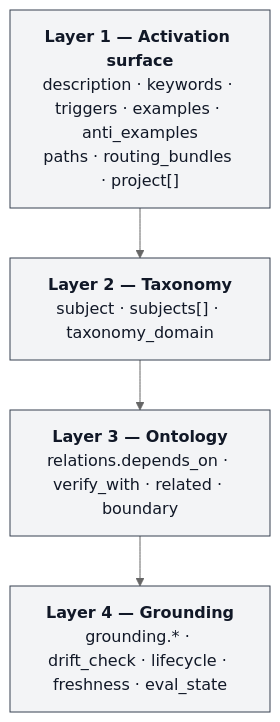
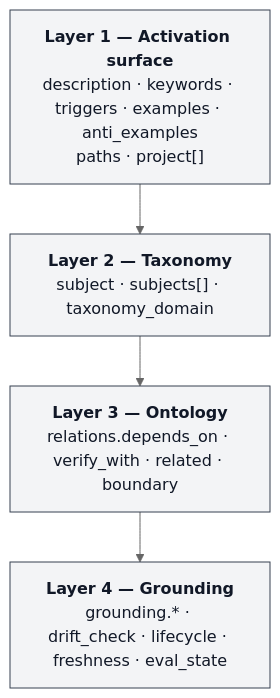
The diagram in skill-metadata-protocol/PRIMER.md (jacob-balslev/skill-graph), drawn with Mermaid (neutral theme) before and after one commit. The commit also changed other lines of this file and 2 other files, not shown here.

First line of the commit message:
docs(protocol): retire routing_bundles from authoring docs (SKI-238, SKI-302)

````diff
--- a/skill-metadata-protocol/PRIMER.md
+++ b/skill-metadata-protocol/PRIMER.md
@@ -110,12 +110,12 @@
 ```mermaid
 flowchart TB
-  L1["<b>Layer 1 — Activation surface</b><br/>description · keywords · triggers · examples · anti_examples<br/>paths · routing_bundles · project[]"]
+  L1["<b>Layer 1 — Activation surface</b><br/>description · keywords · triggers · examples · anti_examples<br/>paths · project[]"]
   L2["<b>Layer 2 — Taxonomy</b><br/>subject · subjects[] · taxonomy_domain"]
   L3["<b>Layer 3 — Ontology</b><br/>relations.depends_on · verify_with · related · boundary"]
   L4["<b>Layer 4 — Grounding</b><br/>grounding.* · drift_check · lifecycle · freshness · eval_state"]
 
   L1 --> L2 --> L3 --> L4
 
   classDef layer fill:#f3f4f6,stroke:#374151,color:#111827
   class L1,L2,L3,L4 layer
 ```
````
